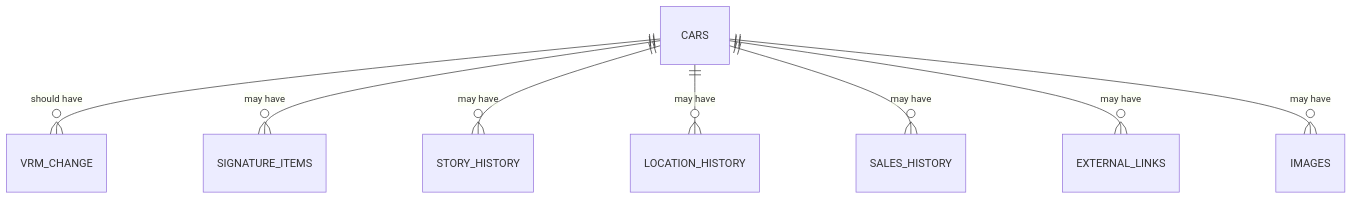
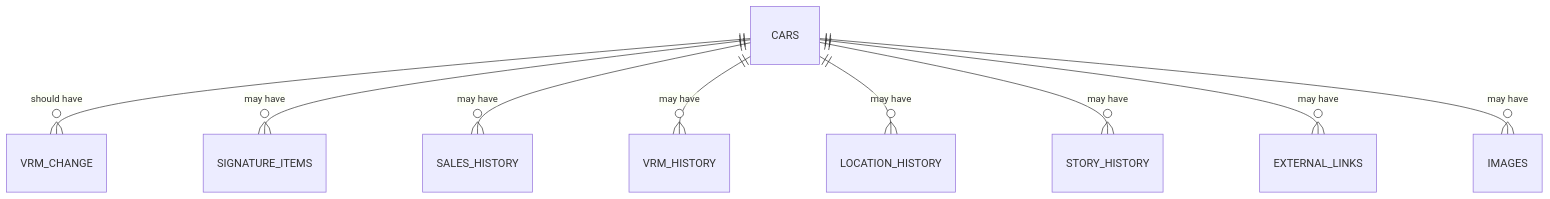
One commit to andyeder/trophy-tracker-2-docs changed the diagram in docs/Database.md. Above: the diagram before and after it, drawn with Mermaid. The commit also changed other lines of this file, not shown here.

````diff
--- a/docs/Database.md
+++ b/docs/Database.md
@@ -109,10 +114,11 @@
 ```mermaid
 erDiagram
   CARS ||--o{ VRM_CHANGE : "should have"
   CARS ||--o{ SIGNATURE_ITEMS : "may have"
+  CARS ||--o{ SALES_HISTORY : "may have"
+  CARS ||--o{ VRM_HISTORY : "may have"
+  CARS ||--o{ LOCATION_HISTORY : "may have"
   CARS ||--o{ STORY_HISTORY : "may have"
-  CARS ||--o{ LOCATION_HISTORY : "may have"
-  CARS ||--o{ SALES_HISTORY : "may have"
   CARS ||--o{ EXTERNAL_LINKS : "may have"
   CARS ||--o{ IMAGES : "may have"
 ```
````
